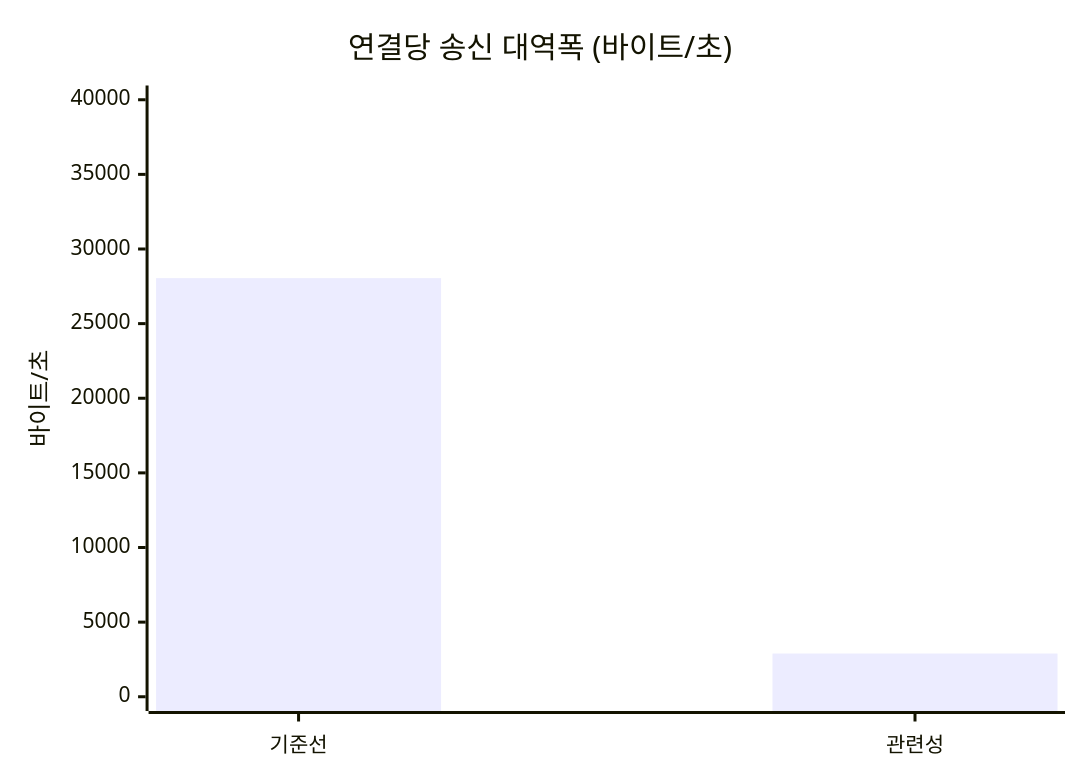
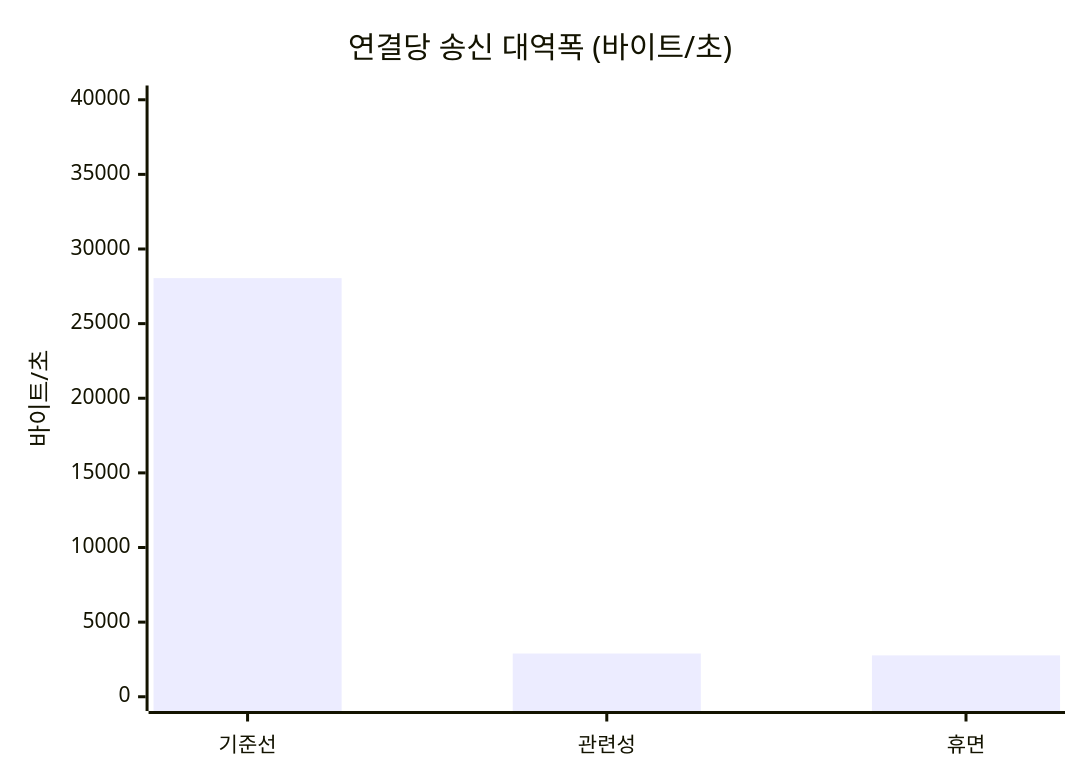
Before and after one commit to hon454/ue-dedicated-server-optimization-lab: the fifth of 5 diagrams in README.md, drawn with Mermaid. The commit also changed other lines of this file and 10 other files, not shown here.

````diff
--- a/README.md
+++ b/README.md
@@ -119,7 +121,7 @@
 ```mermaid
 xychart-beta
     title "연결당 송신 대역폭 (바이트/초)"
-    x-axis ["기준선", "관련성"]
+    x-axis ["기준선", "관련성", "휴면"]
     y-axis "바이트/초" 0 --> 40000
-    bar [28048, 2897]
+    bar [28048, 2897, 2772]
 ```
````
